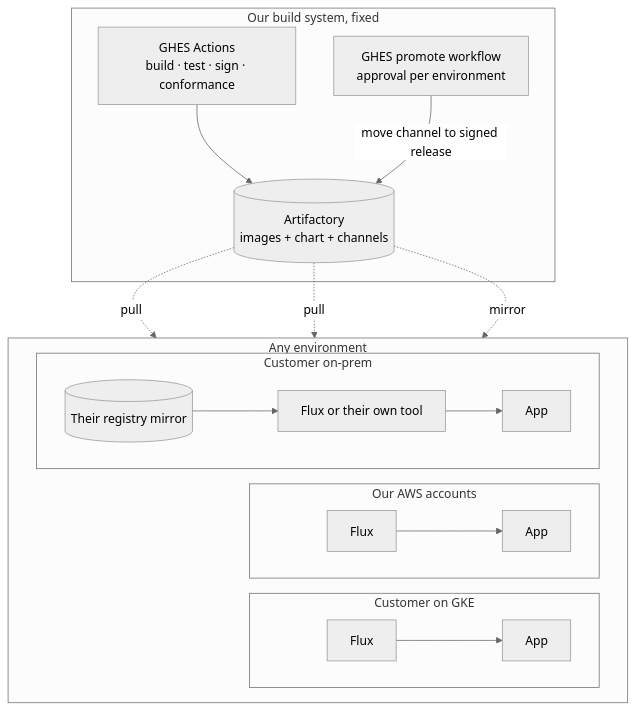
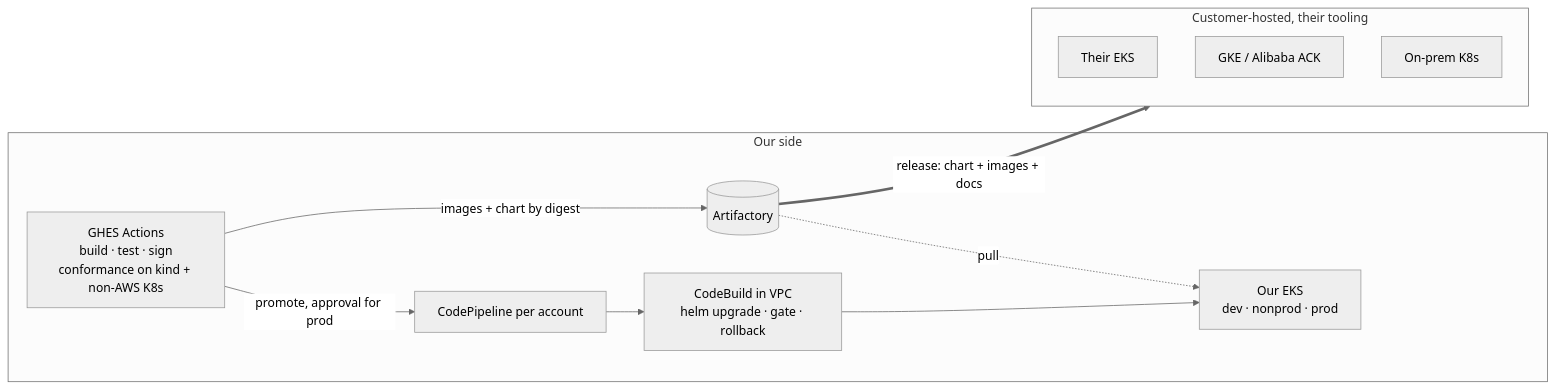
Before and after one commit to sholtomaud/GHES-EKS-zero-downtime-deployments: the first of 2 diagrams in PROPOSAL.md, drawn with Mermaid (neutral theme). The commit also changed other lines of this file and 4 other files, not shown here.

````diff
--- a/PROPOSAL.md
+++ b/PROPOSAL.md
@@ -40,22 +49,16 @@
 ```mermaid
-flowchart TB
-  subgraph build[Our build system, fixed]
-    ghes[GHES Actions<br/>build · test · sign · conformance] --> art[(Artifactory<br/>images + chart + channels)]
-    promote[GHES promote workflow<br/>approval per environment] -->|move channel to signed release| art
+flowchart LR
+  subgraph ours[Our side]
+    ghes[GHES Actions<br/>build · test · sign<br/>conformance on kind + non-AWS K8s] -->|images + chart by digest| art[(Artifactory)]
+    ghes -->|promote, approval for prod| cp[CodePipeline per account]
+    cp --> cb[CodeBuild in VPC<br/>helm upgrade · gate · rollback]
+    cb --> eks[Our EKS<br/>dev · nonprod · prod]
+    art -. pull .-> eks
   end
-  subgraph envs[Any environment]
-    direction LR
-    subgraph aws[Our AWS accounts]
-      f1[Flux] --> a1[App]
-    end
-    subgraph gcp[Customer on GKE]
-      f2[Flux] --> a2[App]
-    end
-    subgraph onp[Customer on-prem]
-      mirror[(Their registry mirror)] --> f3[Flux or their own tool] --> a3[App]
-    end
+  art ==>|release: chart + images + docs| cust
+  subgraph cust[Customer-hosted, their tooling]
+    c1[Their EKS]
+    c2[GKE / Alibaba ACK]
+    c3[On-prem K8s]
   end
-  art -. pull .-> f1
-  art -. pull .-> f2
-  art -. mirror .-> mirror
 ```
````
